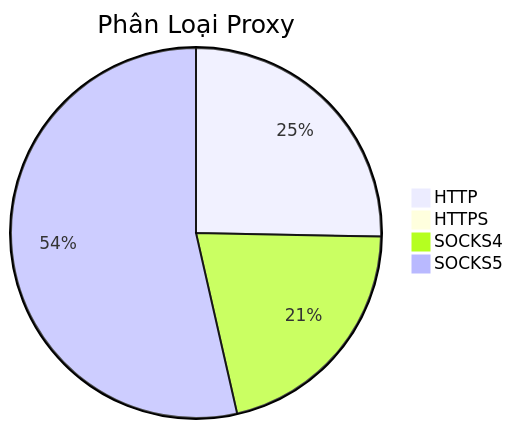
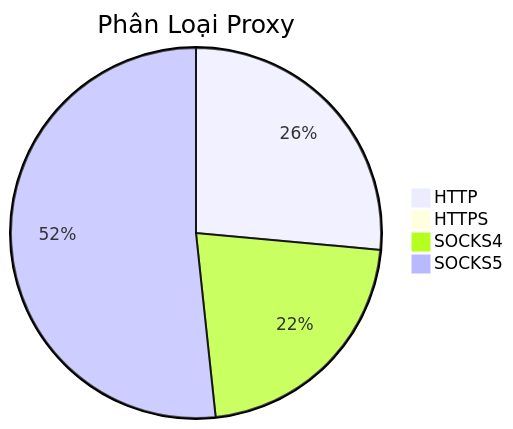
Before and after one commit to Ciara-12/PROXY-free: the diagram in README.md, drawn with Mermaid. The commit also changed other lines of this file and 4 other files, not shown here.

````diff
--- a/README.md
+++ b/README.md
@@ -26,7 +26,7 @@
 ```mermaid
 pie title Phân Loại Proxy
-    "HTTP" : 369
-    "HTTPS" : 1
-    "SOCKS4" : 308
-    "SOCKS5" : 781
+    "HTTP" : 367
+    "HTTPS" : 0
+    "SOCKS4" : 303
+    "SOCKS5" : 717
 ```
````
